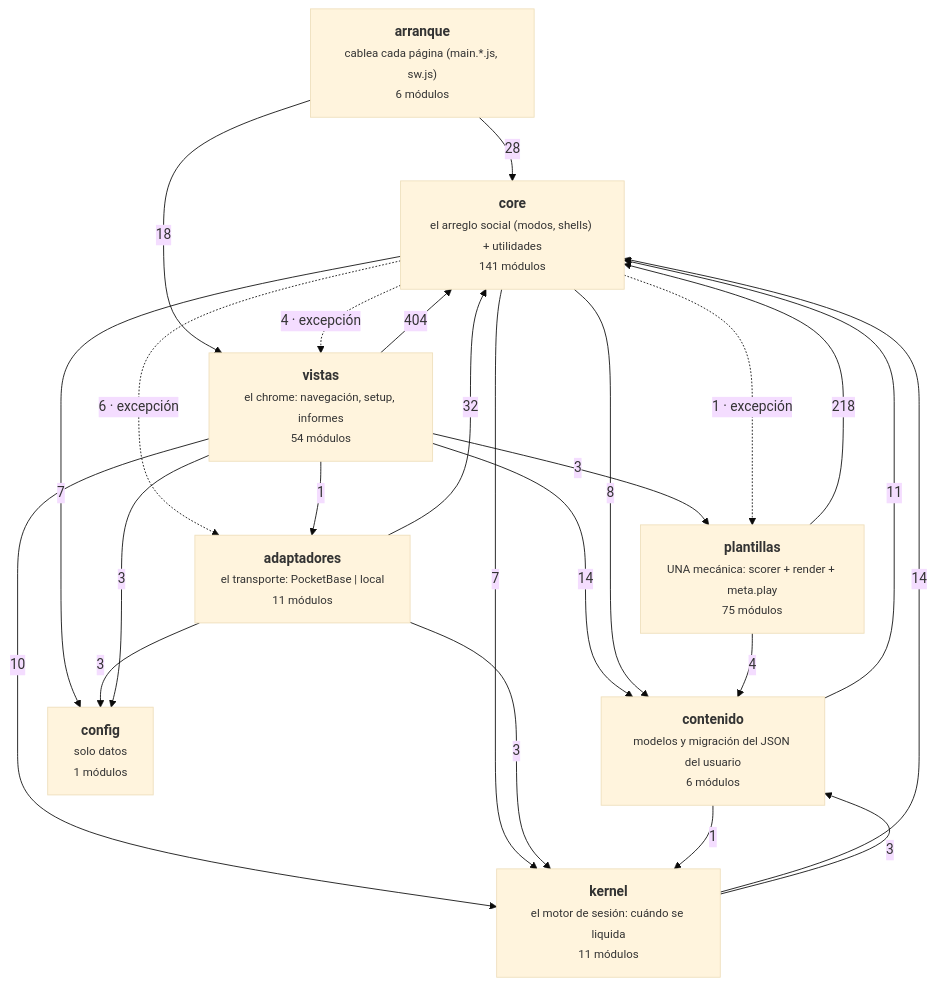
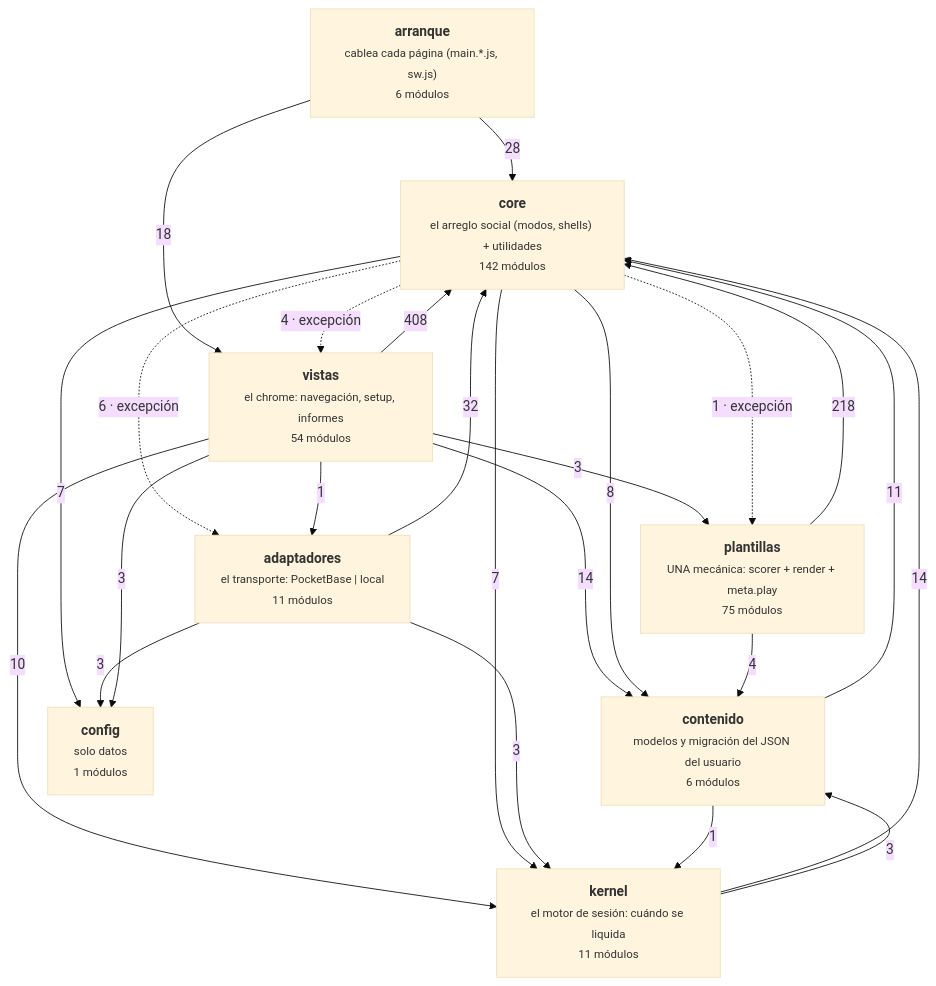
Before and after one commit to duecaz/ac: the diagram in docs/arquitectura-modulos.md, drawn with Mermaid (base theme). The commit also changed other lines of this file and 12 other files, not shown here.

````diff
--- a/docs/arquitectura-modulos.md
+++ b/docs/arquitectura-modulos.md
@@ -56,34 +56,34 @@
 ```mermaid
 graph TD
   A["<b>arranque</b><br/><small>cablea cada página (main.*.js, sw.js)</small><br/><small>6 módulos</small>"]
   V["<b>vistas</b><br/><small>el chrome: navegación, setup, informes</small><br/><small>54 módulos</small>"]
   AD["<b>adaptadores</b><br/><small>el transporte: PocketBase | local</small><br/><small>11 módulos</small>"]
-  C["<b>core</b><br/><small>el arreglo social (modos, shells) + utilidades</small><br/><small>141 módulos</small>"]
+  C["<b>core</b><br/><small>el arreglo social (modos, shells) + utilidades</small><br/><small>142 módulos</small>"]
   K["<b>kernel</b><br/><small>el motor de sesión: cuándo se liquida</small><br/><small>11 módulos</small>"]
   T["<b>plantillas</b><br/><small>UNA mecánica: scorer + render + meta.play</small><br/><small>75 módulos</small>"]
   CO["<b>contenido</b><br/><small>modelos y migración del JSON del usuario</small><br/><small>6 módulos</small>"]
   CF["<b>config</b><br/><small>solo datos</small><br/><small>1 módulos</small>"]
-  V -->|404| C
+  V -->|408| C
   T -->|218| C
   AD -->|32| C
   A -->|28| C
   A -->|18| V
   K -->|14| C
   V -->|14| CO
   CO -->|11| C
   V -->|10| K
   C -->|8| CO
   C -->|7| K
   C -->|7| CF
   C -.->|6 · excepción| AD
   C -.->|4 · excepción| V
   T -->|4| CO
   AD -->|3| CF
   AD -->|3| K
   K -->|3| CO
   V -->|3| CF
   V -->|3| T
   C -.->|1 · excepción| T
   CO -->|1| K
   V -->|1| AD
 ```
````
